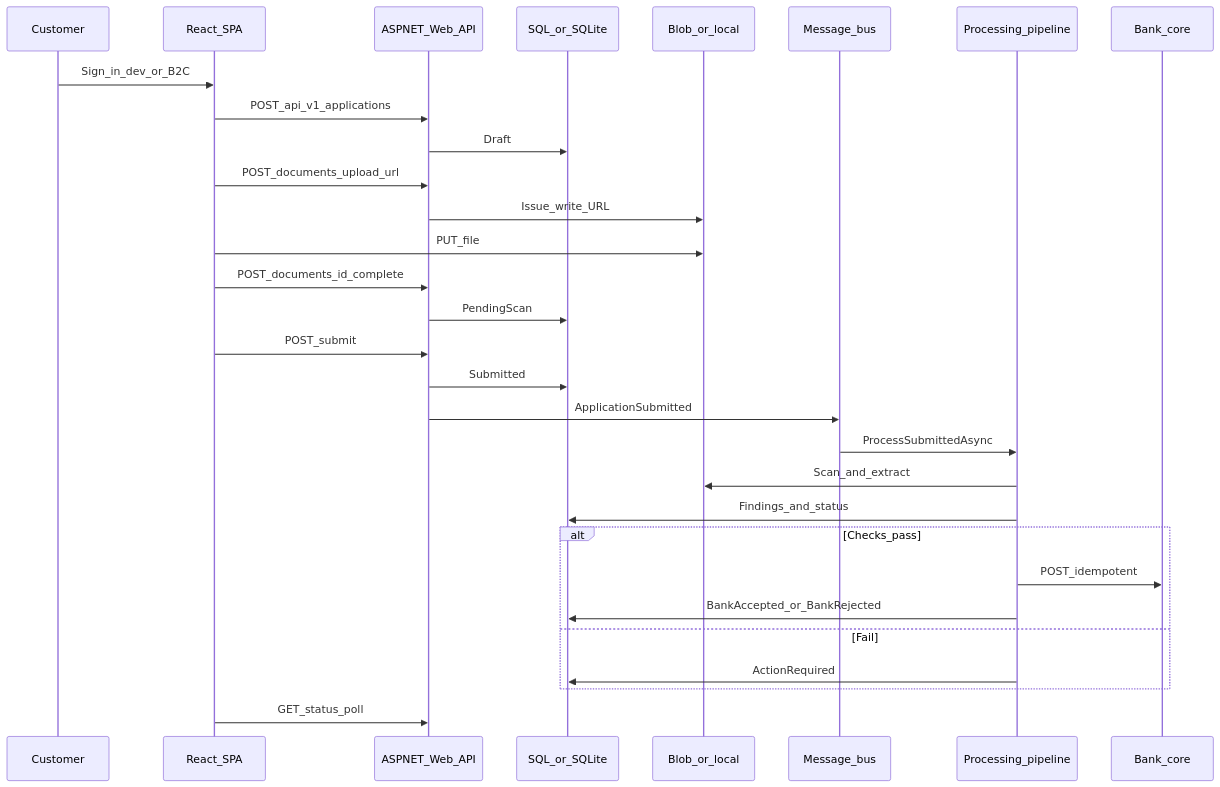
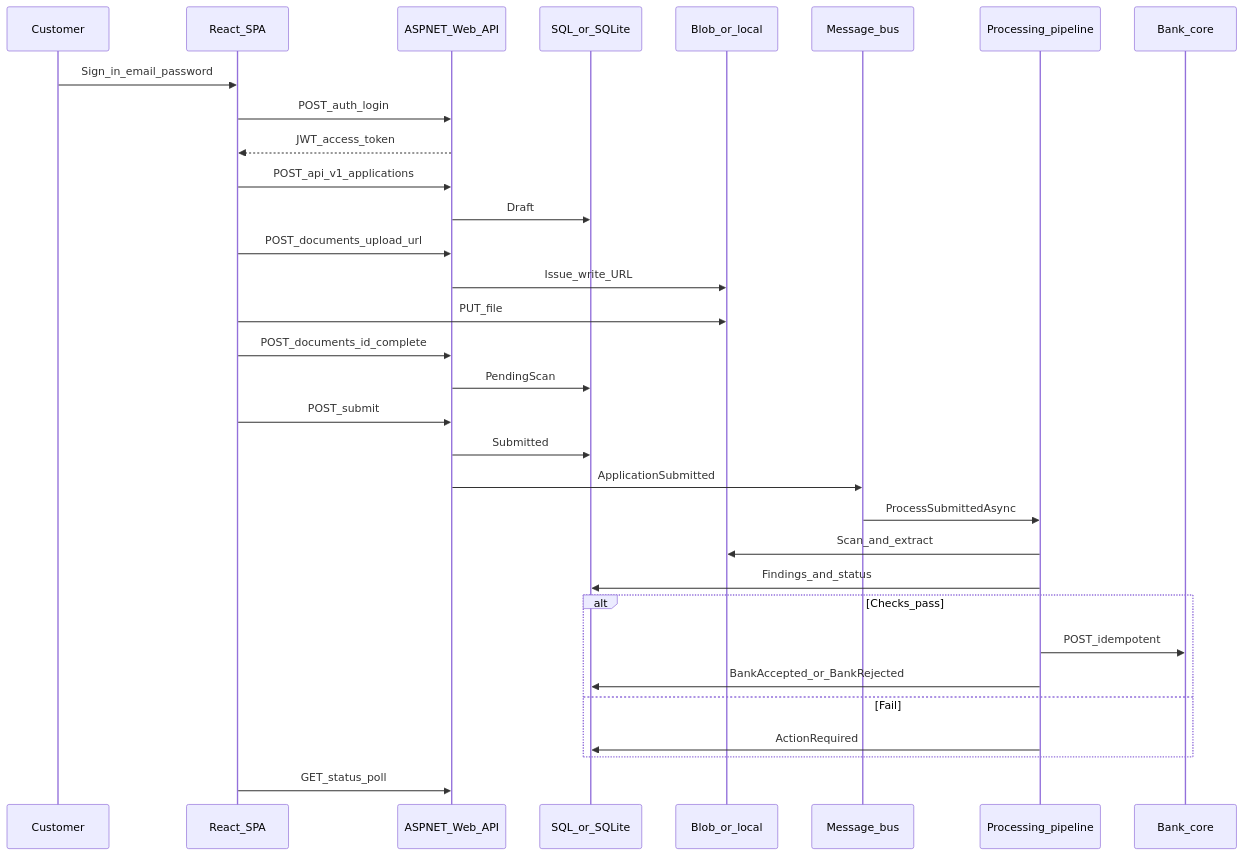
One commit to susovandas88/loan-app changed the second of 2 diagrams in SYSTEM_DESIGN.md. Above: the diagram before and after it, drawn with Mermaid. The commit also changed other lines of this file and 29 other files, not shown here.

Commit message:
Require a signed JWT and enforce applicant, reviewer, and super-admin access.

````diff
--- a/SYSTEM_DESIGN.md
+++ b/SYSTEM_DESIGN.md
@@ -94,33 +94,35 @@
 ```mermaid
 sequenceDiagram
   participant Customer
   participant React as React_SPA
   participant Api as ASPNET_Web_API
   participant Store as SQL_or_SQLite
   participant Files as Blob_or_local
   participant Bus as Message_bus
   participant Pipe as Processing_pipeline
   participant Bank as Bank_core
 
-  Customer->>React: Sign_in_dev_or_B2C
+  Customer->>React: Sign_in_email_password
+  React->>Api: POST_auth_login
+  Api-->>React: JWT_access_token
   React->>Api: POST_api_v1_applications
   Api->>Store: Draft
   React->>Api: POST_documents_upload_url
   Api->>Files: Issue_write_URL
   React->>Files: PUT_file
   React->>Api: POST_documents_id_complete
   Api->>Store: PendingScan
   React->>Api: POST_submit
   Api->>Store: Submitted
   Api->>Bus: ApplicationSubmitted
   Bus->>Pipe: ProcessSubmittedAsync
   Pipe->>Files: Scan_and_extract
   Pipe->>Store: Findings_and_status
   alt Checks_pass
     Pipe->>Bank: POST_idempotent
     Pipe->>Store: BankAccepted_or_BankRejected
   else Fail
     Pipe->>Store: ActionRequired
   end
   React->>Api: GET_status_poll
 ```
````
